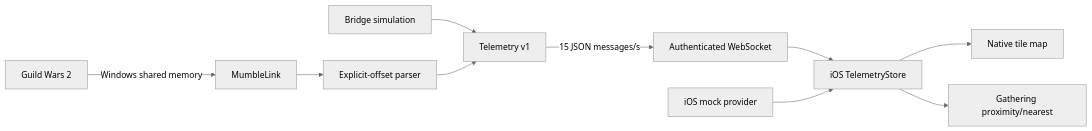
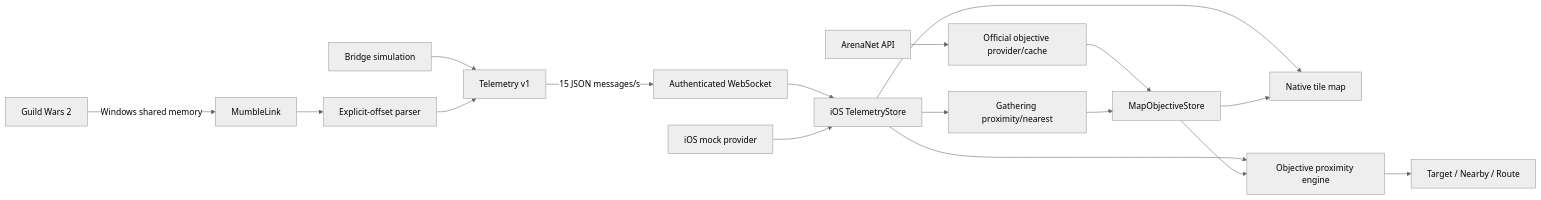
Before and after one commit to adriverin/Gw2_secondscreen: the first of 2 diagrams in docs/architecture.md, drawn with Mermaid (neutral theme). The commit also changed other lines of this file and 51 other files, not shown here.

````diff
--- a/docs/architecture.md
+++ b/docs/architecture.md
@@ -5,12 +5,19 @@
 ```mermaid
 flowchart LR
     GW2[Guild Wars 2] -->|Windows shared memory| ML[MumbleLink]
     ML --> Reader[Explicit-offset parser]
     Sim[Bridge simulation] --> Envelope[Telemetry v1]
     Reader --> Envelope
     Envelope -->|15 JSON messages/s| WS[Authenticated WebSocket]
     WS --> Store[iOS TelemetryStore]
     Mock[iOS mock provider] --> Store
     Store --> Map[Native tile map]
     Store --> Gathering[Gathering proximity/nearest]
+    Store --> Proximity[Objective proximity engine]
+    API[ArenaNet API] --> Official[Official objective provider/cache]
+    Official --> ObjectiveStore[MapObjectiveStore]
+    Gathering --> ObjectiveStore
+    ObjectiveStore --> Proximity
+    Proximity --> Navigator[Target / Nearby / Route]
+    ObjectiveStore --> Map
 ```
````
